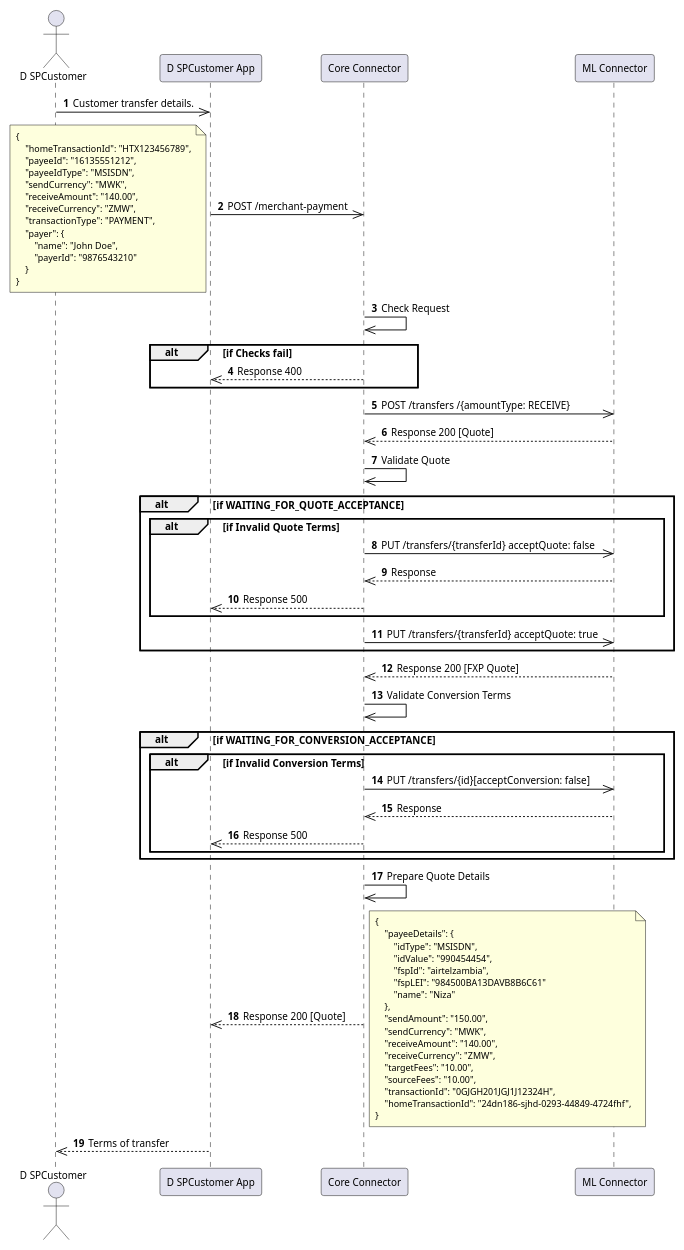
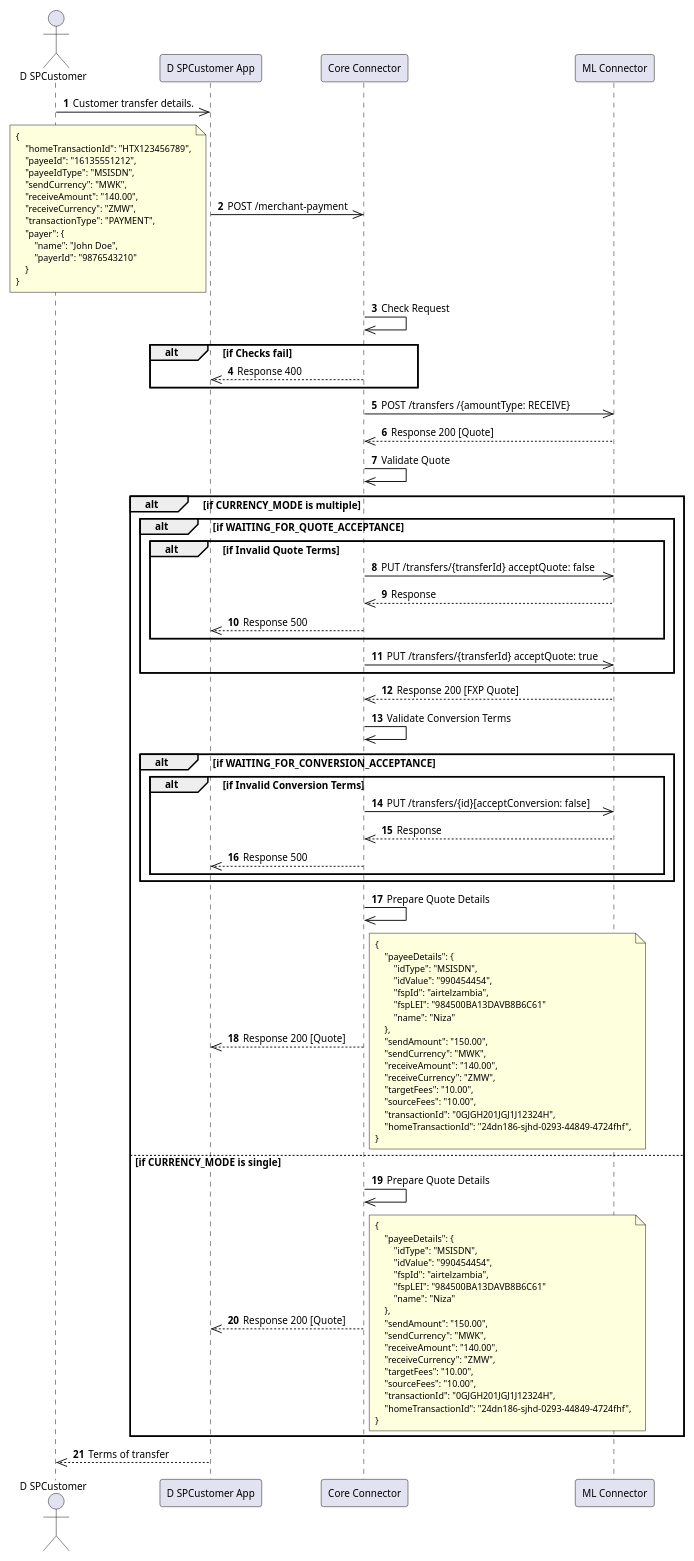
Before and after one commit to mojaloop/ml-reference-connectors: the diagram in design-docs/payer/payer-merchant-initiate-transfer.puml, drawn with PlantUML. The commit also changed 4 other files, not shown here.

Commit message:
feat: update sequence designs and currency checks

```diff
--- a/design-docs/payer/payer-merchant-initiate-transfer.puml
+++ b/design-docs/payer/payer-merchant-initiate-transfer.puml
@@ -1,95 +1,121 @@
 @startuml name="initiate-transfer"
 
 skinparam defaultFontSize 10
 skinparam NoteFontSize 9
 skinparam NoteFontName "Courier New"  ' Monospace font
 skinparam wrapWidth 50                ' Set the width of the note
 
 autonumber
 
 actor "D SPCustomer" as Customer
 participant "D SPCustomer App" as App
 participant "Core Connector" as Core
 participant "ML Connector" as ML
 
 Customer ->> App: Customer transfer details.
 
 App ->> Core: POST /merchant-payment
 note left
 {
     "homeTransactionId": "HTX123456789",
     "payeeId": "16135551212",
     "payeeIdType": "MSISDN",
     "sendCurrency": "MWK",
     "receiveAmount": "140.00",
     "receiveCurrency": "ZMW",
     "transactionType": "PAYMENT",
     "payer": {
         "name": "John Doe",
         "payerId": "9876543210"
     }
 }
 end note
 
 Core ->> Core: Check Request
 
 alt if Checks fail
     Core -->> App: Response 400
 end
 
 
 
 Core ->> ML: POST /transfers /{amountType: RECEIVE} 
 ML -->> Core: Response 200 [Quote]
 Core ->> Core: Validate Quote
 
-alt if WAITING_FOR_QUOTE_ACCEPTANCE
+alt if CURRENCY_MODE is multiple
+    alt if WAITING_FOR_QUOTE_ACCEPTANCE
 
-    alt if Invalid Quote Terms
-        Core ->> ML: PUT /transfers/{transferId} acceptQuote: false
-        ML -->> Core: Response 
-        Core -->> App: Response 500
+        alt if Invalid Quote Terms
+            Core ->> ML: PUT /transfers/{transferId} acceptQuote: false
+            ML -->> Core: Response 
+            Core -->> App: Response 500
+        end
+
+        Core ->> ML: PUT /transfers/{transferId} acceptQuote: true
     end
 
-    Core ->> ML: PUT /transfers/{transferId} acceptQuote: true
+
+    ML -->> Core: Response 200 [FXP Quote]
+    Core ->> Core: Validate Conversion Terms
+
+
+    alt if WAITING_FOR_CONVERSION_ACCEPTANCE
+        alt if Invalid Conversion Terms
+            Core ->> ML: PUT /transfers/{id}[acceptConversion: false]
+            ML -->> Core: Response 
+            Core -->> App: Response 500
+        end
+    end
+
+    Core ->> Core: Prepare Quote Details
+
+    Core -->> App: Response 200 [Quote]
+    note right
+    {
+        "payeeDetails": {
+            "idType": "MSISDN",
+            "idValue": "990454454",
+            "fspId": "airtelzambia",
+            "fspLEI": "984500BA13DAVB8B6C61"
+            "name": "Niza"
+        },
+        "sendAmount": "150.00",
+        "sendCurrency": "MWK",
+        "receiveAmount": "140.00",
+        "receiveCurrency": "ZMW",
+        "targetFees": "10.00",
+        "sourceFees": "10.00",
+        "transactionId": "0GJGH201JGJ1J12324H",
+        "homeTransactionId": "24dn186-sjhd-0293-44849-4724fhf",
+    }
+    end note
+else if CURRENCY_MODE is single
+    Core ->> Core: Prepare Quote Details
+
+    Core -->> App: Response 200 [Quote]
+    note right
+    {
+        "payeeDetails": {
+            "idType": "MSISDN",
+            "idValue": "990454454",
+            "fspId": "airtelzambia",
+            "fspLEI": "984500BA13DAVB8B6C61"
+            "name": "Niza"
+        },
+        "sendAmount": "150.00",
+        "sendCurrency": "MWK",
+        "receiveAmount": "140.00",
+        "receiveCurrency": "ZMW",
+        "targetFees": "10.00",
+        "sourceFees": "10.00",
+        "transactionId": "0GJGH201JGJ1J12324H",
+        "homeTransactionId": "24dn186-sjhd-0293-44849-4724fhf",
+    }
+    end note
 end
 
-
-ML -->> Core: Response 200 [FXP Quote]
-Core ->> Core: Validate Conversion Terms
-
-
-alt if WAITING_FOR_CONVERSION_ACCEPTANCE
-    alt if Invalid Conversion Terms
-        Core ->> ML: PUT /transfers/{id}[acceptConversion: false]
-        ML -->> Core: Response 
-        Core -->> App: Response 500
-    end
-end
-
-Core ->> Core: Prepare Quote Details
-
-Core -->> App: Response 200 [Quote]
-note right
-{
-    "payeeDetails": {
-        "idType": "MSISDN",
-        "idValue": "990454454",
-        "fspId": "airtelzambia",
-        "fspLEI": "984500BA13DAVB8B6C61"
-        "name": "Niza"
-    },
-    "sendAmount": "150.00",
-    "sendCurrency": "MWK",
-    "receiveAmount": "140.00",
-    "receiveCurrency": "ZMW",
-    "targetFees": "10.00",
-    "sourceFees": "10.00",
-    "transactionId": "0GJGH201JGJ1J12324H",
-    "homeTransactionId": "24dn186-sjhd-0293-44849-4724fhf",
-}
-end note
 
 App -->> Customer: Terms of transfer
 
 @enduml
```
